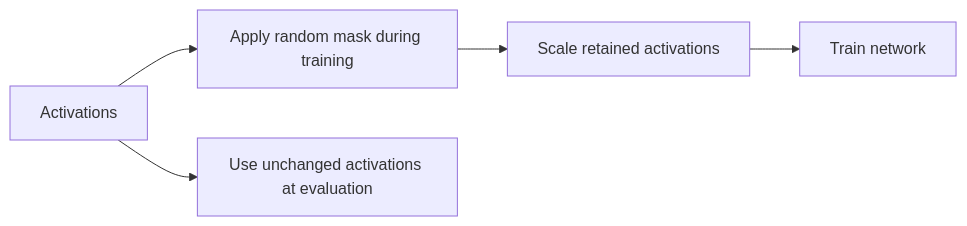
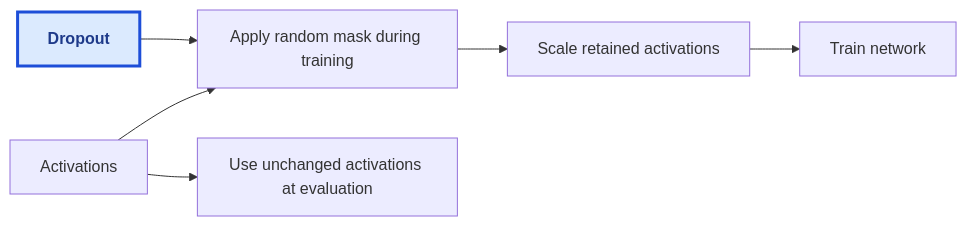
The diagram in D/Dropout.md (ilwon-seo/terms), drawn with Mermaid before and after one commit. The commit also changed 18 other files, not shown here.

Commit message:
Standardize current-term Mermaid styling

````diff
--- a/D/Dropout.md
+++ b/D/Dropout.md
@@ -38,7 +38,10 @@
 ```mermaid
 flowchart LR
+    D[Dropout] --> M[Apply random mask during training]
     X[Activations] --> M[Apply random mask during training]
     M --> S[Scale retained activations]
     S --> T[Train network]
     X --> E[Use unchanged activations at evaluation]
+    classDef currentTerm fill:#dbeafe,stroke:#1d4ed8,stroke-width:3px,color:#1e3a8a,font-weight:bold
+    class D currentTerm
 ```
````
